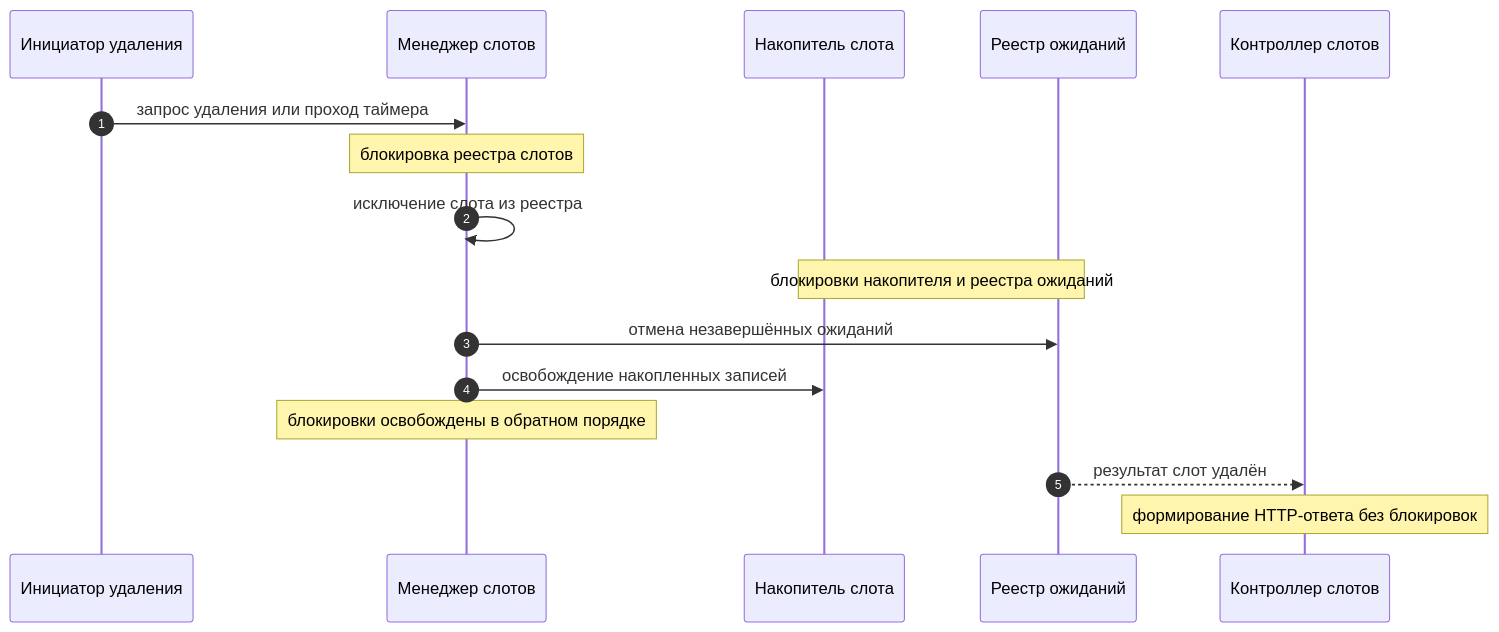
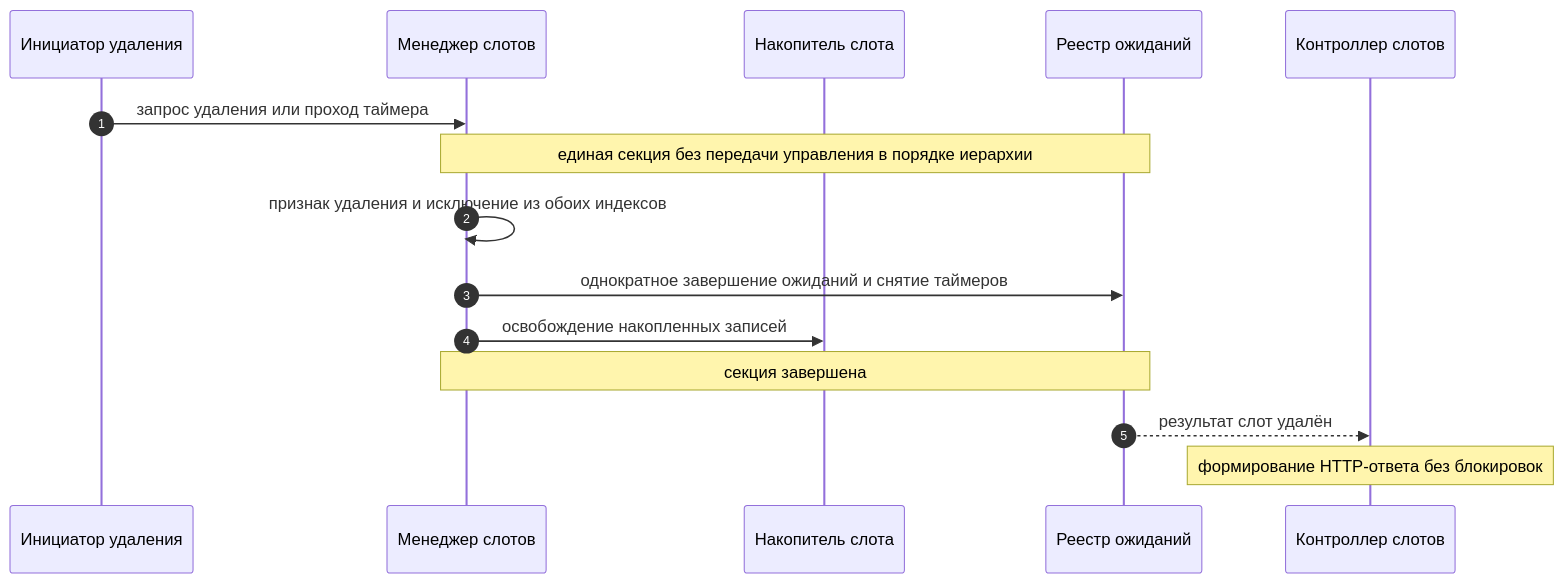
One commit to WS68/KafkaTestingREST changed the third of 3 diagrams in docs/architecture.md. Above: the diagram before and after it, drawn with Mermaid. The commit also changed other lines of this file and 4 other files, not shown here.

````diff
--- a/docs/architecture.md
+++ b/docs/architecture.md
@@ -489,19 +506,18 @@
 ```mermaid
 sequenceDiagram
     autonumber
     participant Src as Инициатор удаления
     participant Slots as Менеджер слотов
     participant Acc as Накопитель слота
     participant Pending as Реестр ожиданий
     participant Ctrl as Контроллер слотов
 
     Src->>Slots: запрос удаления или проход таймера
-    Note over Slots: блокировка реестра слотов
-    Slots->>Slots: исключение слота из реестра
-    Note over Acc,Pending: блокировки накопителя и реестра ожиданий
-    Slots->>Pending: отмена незавершённых ожиданий
+    Note over Slots,Pending: единая секция без передачи управления в порядке иерархии
+    Slots->>Slots: признак удаления и исключение из обоих индексов
+    Slots->>Pending: однократное завершение ожиданий и снятие таймеров
     Slots->>Acc: освобождение накопленных записей
-    Note over Slots: блокировки освобождены в обратном порядке
+    Note over Slots,Pending: секция завершена
     Pending-->>Ctrl: результат слот удалён
     Note over Ctrl: формирование HTTP-ответа без блокировок
 ```
````
